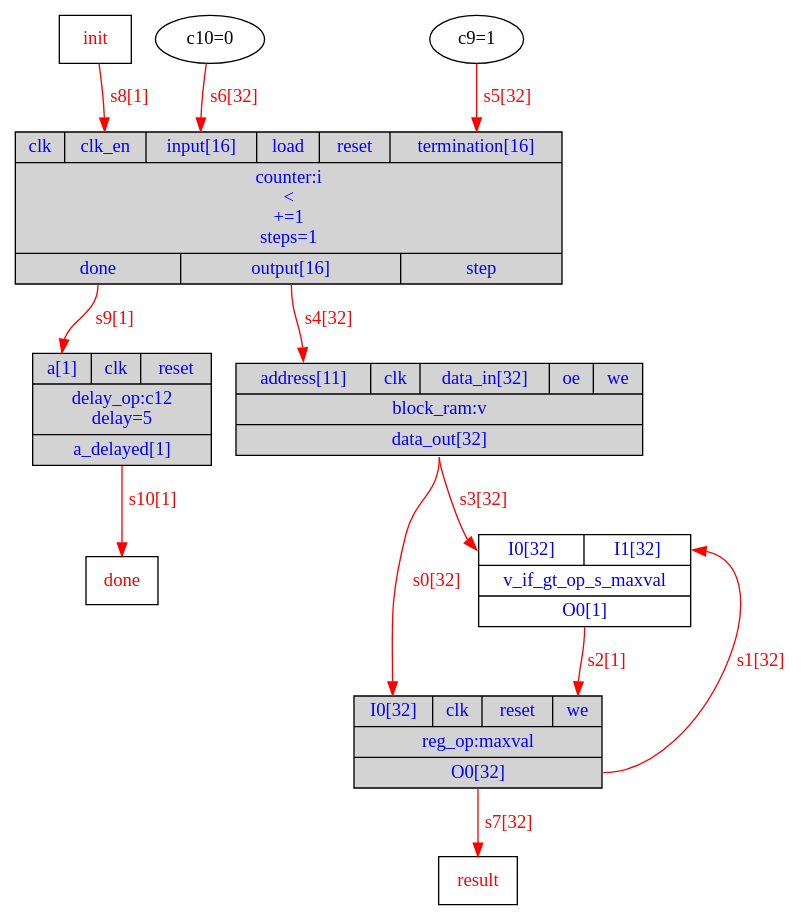
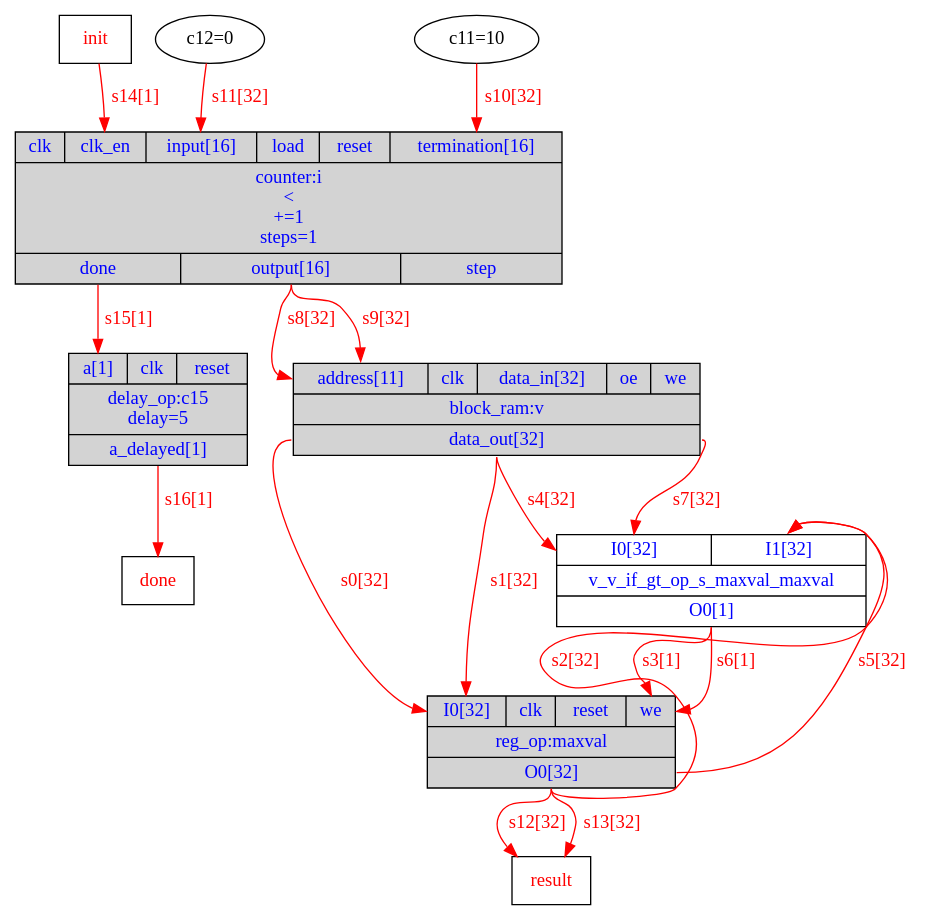
One commit to menotti/lalp changed the diagram in branches/LALPC/Exemplos/max/DOT/Exemplo_HW.dot. Above: the diagram before and after it, drawn with Graphviz. The commit also changed 31 other files, not shown here.

```diff
--- a/branches/LALPC/Exemplos/max/DOT/Exemplo_HW.dot
+++ b/branches/LALPC/Exemplos/max/DOT/Exemplo_HW.dot
@@ -1,20 +1,28 @@
 digraph diagram {
 // Components (Nodes) 
 "i" [shape=record, fontcolor=blue, style="filled", fillcolor="lightgray", label="{{<clk>clk|<clk_en>clk_en|<input>input[16]|<load>load|<reset>reset|<termination>termination[16]}|counter:i\n\<\n+=1\nsteps=1|{<done>done|<output>output[16]|<step>step}}"]; 
-"v_if_gt_op_s_maxval" [shape=record, fontcolor=blue, label="{{<I0>I0[32]|<I1>I1[32]}|v_if_gt_op_s_maxval|{<O0>O0[1]}}"]; 
+"v_v_if_gt_op_s_maxval_maxval" [shape=record, fontcolor=blue, label="{{<I0>I0[32]|<I1>I1[32]}|v_v_if_gt_op_s_maxval_maxval|{<O0>O0[1]}}"]; 
 "maxval" [shape=record, fontcolor=blue, style="filled", fillcolor="lightgray", label="{{<I0>I0[32]|<clk>clk|<reset>reset|<we>we}|reg_op:maxval|{<O0>O0[32]}}"]; 
 "v" [shape=record, fontcolor=blue, style="filled", fillcolor="lightgray", label="{{<address>address[11]|<clk>clk|<data_in>data_in[32]|<oe>oe|<we>we}|block_ram:v|{<data_out>data_out[32]}}"]; 
-"init" [shape=msquare fontcolor=red label="init"]"done" [shape=msquare fontcolor=red label="done"]"c9" [fontcolor=b label="c9=1"]"c10" [fontcolor=b label="c10=0"]"result" [shape=msquare fontcolor=red label="result"]"c12" [shape=record, fontcolor=blue, style="filled", fillcolor="lightgray", label="{{<a>a[1]|<clk>clk|<reset>reset}|delay_op:c12\ndelay=5|{<a_delayed>a_delayed[1]}}"]; 
+"maxval" [shape=record, fontcolor=blue, style="filled", fillcolor="lightgray", label="{{<I0>I0[32]|<clk>clk|<reset>reset|<we>we}|reg_op:maxval|{<O0>O0[32]}}"]; 
+"v" [shape=record, fontcolor=blue, style="filled", fillcolor="lightgray", label="{{<address>address[11]|<clk>clk|<data_in>data_in[32]|<oe>oe|<we>we}|block_ram:v|{<data_out>data_out[32]}}"]; 
+"init" [shape=msquare fontcolor=red label="init"]"done" [shape=msquare fontcolor=red label="done"]"c11" [fontcolor=b label="c11=10"]"c12" [fontcolor=b label="c12=0"]"result" [shape=msquare fontcolor=red label="result"]"result" [shape=msquare fontcolor=red label="result"]"c15" [shape=record, fontcolor=blue, style="filled", fillcolor="lightgray", label="{{<a>a[1]|<clk>clk|<reset>reset}|delay_op:c15\ndelay=5|{<a_delayed>a_delayed[1]}}"]; 
 // Signals (Edges) 
 "v":data_out -> "maxval":I0[label="s0[32]" color=red fontcolor=red]; 
-"maxval":O0 -> "v_if_gt_op_s_maxval":I1[label="s1[32]" color=red fontcolor=red]; 
-"v_if_gt_op_s_maxval":O0 -> "maxval":we[label="s2[1]" color=red fontcolor=red]; 
-"v":data_out -> "v_if_gt_op_s_maxval":I0[label="s3[32]" color=red fontcolor=red]; 
-"i":output -> "v":address[label="s4[32]" color=red fontcolor=red]; 
-"c9":out -> "i":termination[label="s5[32]" color=red fontcolor=red]; 
-"c10":out -> "i":input[label="s6[32]" color=red fontcolor=red]; 
-"maxval":O0 -> "result":in[label="s7[32]" color=red fontcolor=red]; 
-"init":out -> "i":clk_en[label="s8[1]" color=red fontcolor=red]; 
-"i":done -> "c12":a[label="s9[1]" color=red fontcolor=red]; 
-"c12":a_delayed -> "done":in[label="s10[1]" color=red fontcolor=red]; 
+"v":data_out -> "maxval":I0[label="s1[32]" color=red fontcolor=red]; 
+"maxval":O0 -> "v_v_if_gt_op_s_maxval_maxval":I1[label="s2[32]" color=red fontcolor=red]; 
+"v_v_if_gt_op_s_maxval_maxval":O0 -> "maxval":we[label="s3[1]" color=red fontcolor=red]; 
+"v":data_out -> "v_v_if_gt_op_s_maxval_maxval":I0[label="s4[32]" color=red fontcolor=red]; 
+"maxval":O0 -> "v_v_if_gt_op_s_maxval_maxval":I1[label="s5[32]" color=red fontcolor=red]; 
+"v_v_if_gt_op_s_maxval_maxval":O0 -> "maxval":we[label="s6[1]" color=red fontcolor=red]; 
+"v":data_out -> "v_v_if_gt_op_s_maxval_maxval":I0[label="s7[32]" color=red fontcolor=red]; 
+"i":output -> "v":address[label="s8[32]" color=red fontcolor=red]; 
+"i":output -> "v":address[label="s9[32]" color=red fontcolor=red]; 
+"c11":out -> "i":termination[label="s10[32]" color=red fontcolor=red]; 
+"c12":out -> "i":input[label="s11[32]" color=red fontcolor=red]; 
+"maxval":O0 -> "result":in[label="s12[32]" color=red fontcolor=red]; 
+"maxval":O0 -> "result":in[label="s13[32]" color=red fontcolor=red]; 
+"init":out -> "i":clk_en[label="s14[1]" color=red fontcolor=red]; 
+"i":done -> "c15":a[label="s15[1]" color=red fontcolor=red]; 
+"c15":a_delayed -> "done":in[label="s16[1]" color=red fontcolor=red]; 
 }
```
